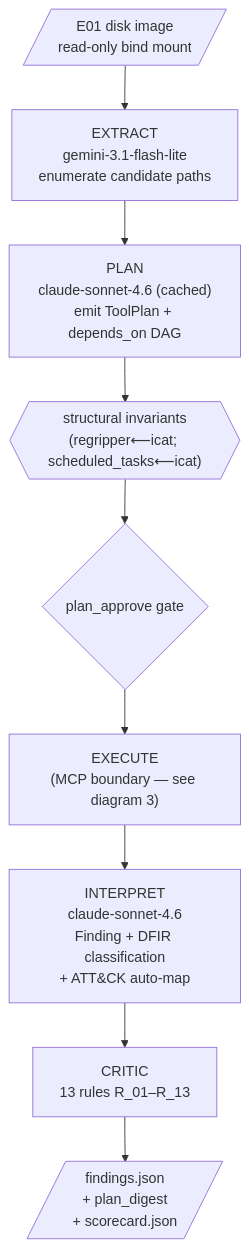
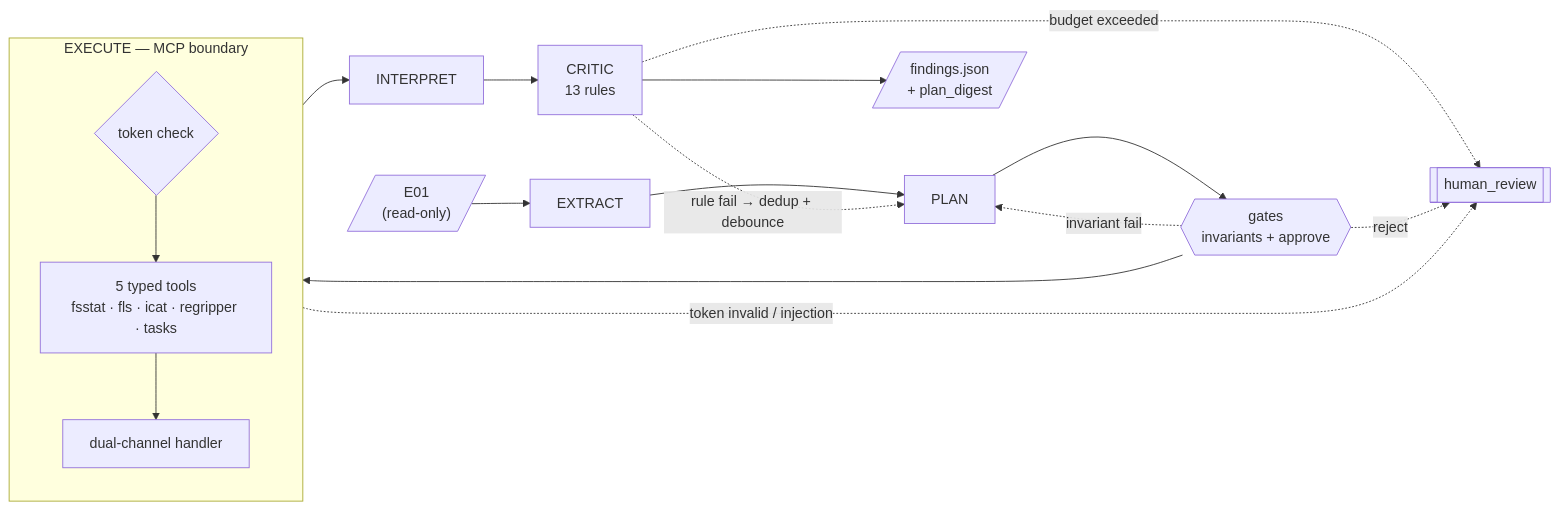
One commit to charanbobby/sift-sentinel changed the diagram in docs/planning/architecture.md. Above: the diagram before and after it, drawn with Mermaid. The commit also changed other lines of this file and 6 other files, not shown here.

First line of the commit message:
Close Slice 3 Phase C; rebuild architecture docs with styled HTML

````diff
--- a/docs/planning/architecture.md
+++ b/docs/planning/architecture.md
@@ -52,14 +27,26 @@
 ```mermaid
-flowchart TB
-    E01[/"E01 disk image<br/>read-only bind mount"/]
-    EXTRACT["EXTRACT<br/>gemini-3.1-flash-lite<br/>enumerate candidate paths"]
-    PLAN["PLAN<br/>claude-sonnet-4.6 (cached)<br/>emit ToolPlan + depends_on DAG"]
-    INV{{"structural invariants<br/>(regripper⟵icat; scheduled_tasks⟵icat)"}}
-    APPROVE{"plan_approve gate"}
-    EXEC["EXECUTE<br/>(MCP boundary — see diagram 3)"]
-    INT["INTERPRET<br/>claude-sonnet-4.6<br/>Finding + DFIR classification<br/>+ ATT&CK auto-map"]
-    CRIT["CRITIC<br/>13 rules R_01–R_13"]
-    OUT[/"findings.json<br/>+ plan_digest<br/>+ scorecard.json"/]
+flowchart LR
+    E01[/"E01<br/>(read-only)"/]
+    EXT["EXTRACT"]
+    PLN["PLAN"]
+    GATE{{"gates<br/>invariants + approve"}}
+    subgraph EXEC["EXECUTE — MCP boundary"]
+      direction TB
+      TOK{"token check"}
+      T["5 typed tools<br/>fsstat · fls · icat · regripper · tasks"]
+      DUAL["dual-channel handler"]
+      TOK --> T --> DUAL
+    end
+    INT["INTERPRET"]
+    CRIT["CRITIC<br/>13 rules"]
+    OUT[/"findings.json<br/>+ plan_digest"/]
+    HUMAN[["human_review"]]
 
-    E01 --> EXTRACT --> PLAN --> INV --> APPROVE --> EXEC --> INT --> CRIT --> OUT
+    E01 --> EXT --> PLN --> GATE --> EXEC --> INT --> CRIT --> OUT
+
+    GATE -.->|invariant fail| PLN
+    CRIT -.->|rule fail → dedup + debounce| PLN
+    CRIT -.->|budget exceeded| HUMAN
+    GATE -.->|reject| HUMAN
+    EXEC -.->|token invalid / injection| HUMAN
 ```
````
